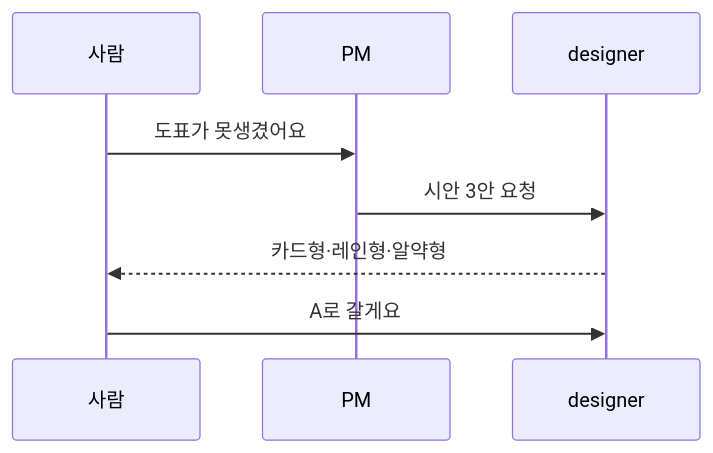
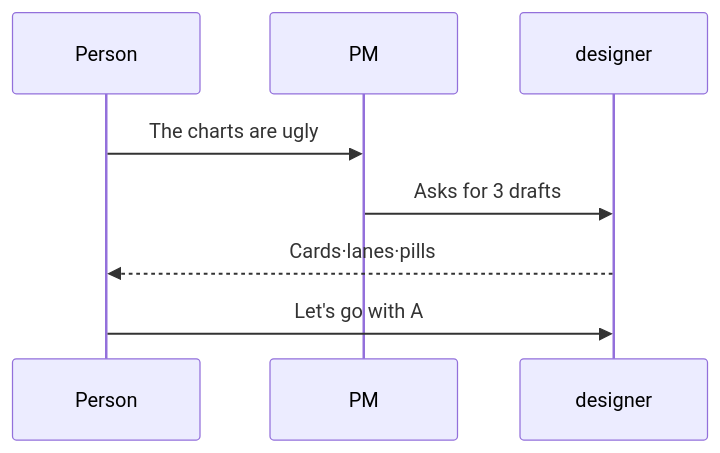
One commit to equipe-labs/equipe changed the diagram in design/visuals/mermaid/examples/sequence.mmd. Above: the diagram before and after it, drawn with Mermaid. The commit also changed 105 other files, not shown here.

```diff
--- a/design/visuals/mermaid/examples/sequence.mmd
+++ b/design/visuals/mermaid/examples/sequence.mmd
@@ -1,8 +1,8 @@
 sequenceDiagram
-  participant 사람
+  participant Person
   participant PM
   participant designer
-  사람->>PM: 도표가 못생겼어요
-  PM->>designer: 시안 3안 요청
-  designer-->>사람: 카드형·레인형·알약형
-  사람->>designer: A로 갈게요
+  Person->>PM: The charts are ugly
+  PM->>designer: Asks for 3 drafts
+  designer-->>Person: Cards·lanes·pills
+  Person->>designer: Let's go with A
```
